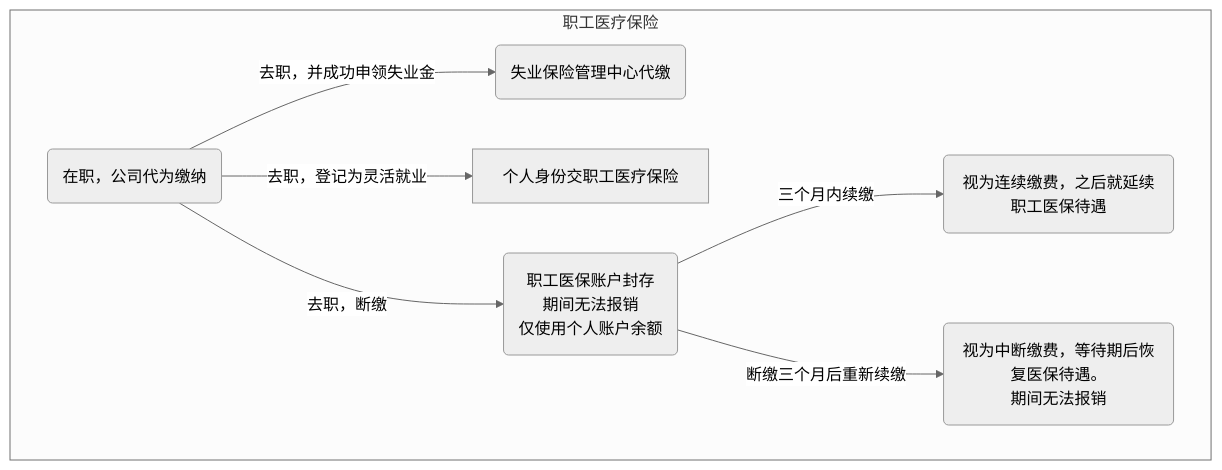
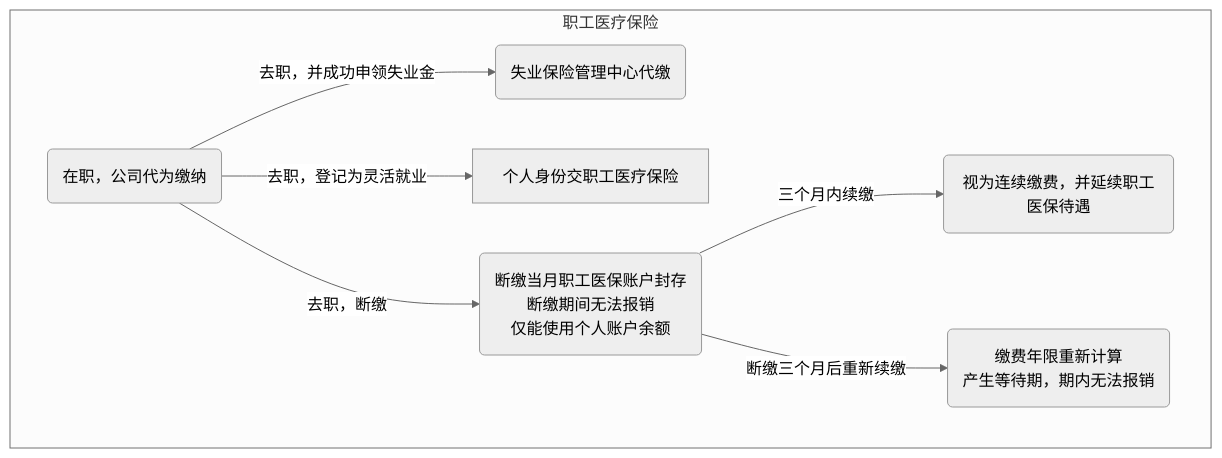
One commit to chewuchewuchewu/Social_Security_Benefits changed the third of 5 diagrams in 离职.md. Above: the diagram before and after it, drawn with Mermaid (neutral theme).

````diff
--- a/离职.md
+++ b/离职.md
@@ -173,9 +173,9 @@
 ```mermaid
 flowchart TD
 subgraph 职工医疗保险
 在职医保("在职，公司代为缴纳")-->|去职，并成功申领失业金|领取失业金(失业保险管理中心代缴)
 在职医保-->|去职，登记为灵活就业|个人身份交职工医疗保险
-在职医保-->|去职，断缴|中断医保缴费("职工医保账户封存<br>期间无法报销<br>仅使用个人账户余额")-->|三个月内续缴|视为连续缴费("视为连续缴费，之后就延续职工医保待遇")
-中断医保缴费-->|断缴三个月后重新续缴|视为中断缴费("视为中断缴费，等待期后恢复医保待遇。<br>期间无法报销")
+在职医保-->|去职，断缴|中断医保缴费("断缴当月职工医保账户封存<br>断缴期间无法报销<br>仅能使用个人账户余额")-->|三个月内续缴|视为连续缴费("视为连续缴费，并延续职工医保待遇")
+中断医保缴费-->|断缴三个月后重新续缴|视为中断缴费("缴费年限重新计算<br>产生等待期，期内无法报销")
 end
 ```
````
